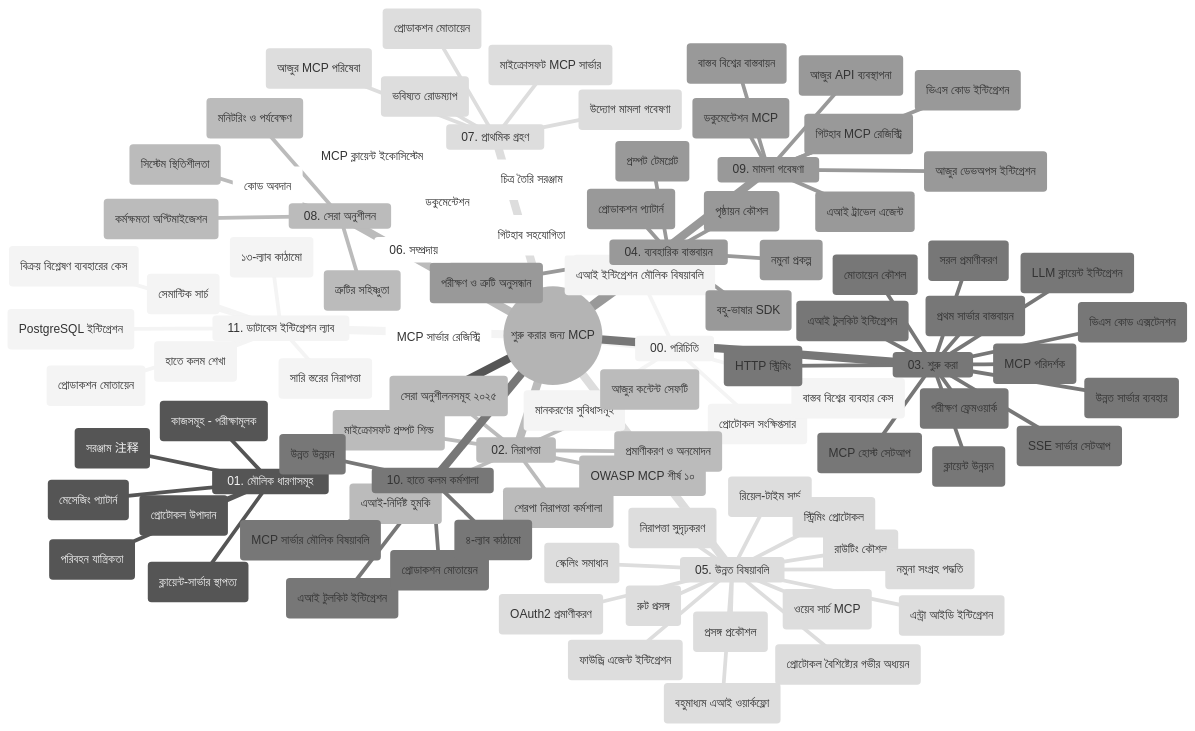
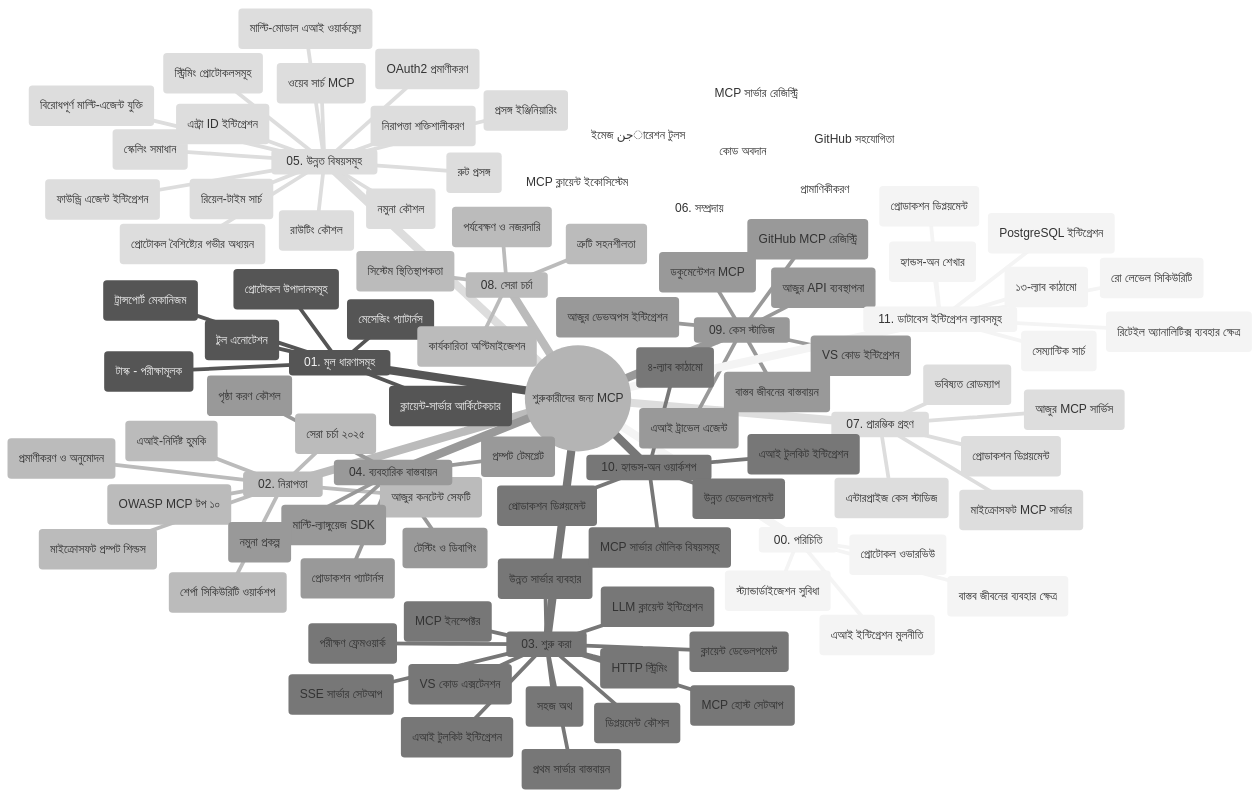
The diagram in mcp_ecosystem__model_context_protocol/mcp_learning_resources/mcp-for-beginners/translations/bn/study_guide.md (HIDORAKAI002/ai-workspace-archive), drawn with Mermaid (neutral theme) before and after one commit. The commit also changed other lines of this file and 2497 other files, not shown here.

````diff
--- a/mcp_ecosystem__model_context_protocol/mcp_learning_resources/mcp-for-beginners/translations/bn/study_guide.md
+++ b/mcp_ecosystem__model_context_protocol/mcp_learning_resources/mcp-for-beginners/translations/bn/study_guide.md
@@ -11,113 +11,114 @@
 ```mermaid
 mindmap
-  root((শুরু করার জন্য MCP))
+  root((শুরুকারীদের জন্য MCP))
     00. পরিচিতি
       ::icon(fa fa-book)
-      (প্রোটোকল সংক্ষিপ্তসার)
-      (মানকরণের সুবিধাসমূহ)
-      (বাস্তব বিশ্বের ব্যবহার কেস)
-      (এআই ইন্টিগ্রেশন মৌলিক বিষয়াবলি)
-    01. মৌলিক ধারণাসমূহ
+      (প্রোটোকল ওভারভিউ)
+      (স্ট্যান্ডার্ডাইজেশন সুবিধা)
+      (বাস্তব জীবনের ব্যবহার ক্ষেত্র)
+      (এআই ইন্টিগ্রেশন মুলনীতি)
+    01. মূল ধারণাসমূহ
       ::icon(fa fa-puzzle-piece)
-      (ক্লায়েন্ট-সার্ভার স্থাপত্য)
-      (প্রোটোকল উপাদান)
-      (মেসেজিং প্যাটার্ন)
-      (পরিবহন যান্ত্রিকতা)
-      (কাজসমূহ - পরীক্ষামূলক)
-      (সরঞ্জাম 注释)
+      (ক্লায়েন্ট-সার্ভার আর্কিটেকচার)
+      (প্রোটোকল উপাদানসমূহ)
+      (মেসেজিং প্যাটার্নস)
+      (ট্রান্সপোর্ট মেকানিজম)
+      (টাস্ক - পরীক্ষামূলক)
+      (টুল এনোটেশন)
     02. নিরাপত্তা
       ::icon(fa fa-shield)
       (এআই-নির্দিষ্ট হুমকি)
-      (সেরা অনুশীলনসমূহ ২০২৫)
-      (আজুর কন্টেন্ট সেফটি)
+      (সেরা চর্চা ২০২৫)
+      (আজুর কনটেন্ট সেফটি)
       (প্রমাণীকরণ ও অনুমোদন)
-      (মাইক্রোসফট প্রম্পট শিল্ড)
-      (OWASP MCP শীর্ষ ১০)
-      (শেরপা নিরাপত্তা কর্মশালা)
+      (মাইক্রোসফট প্রম্পট শিল্ডস)
+      (OWASP MCP টপ ১০)
+      (শের্পা সিকিউরিটি ওয়ার্কশপ)
     03. শুরু করা
       ::icon(fa fa-rocket)
-      (প্রথম সার্ভার বাস্তবায়ন)
-      (ক্লায়েন্ট উন্নয়ন)
-      (LLM ক্লায়েন্ট ইন্টিগ্রেশন)
-      (ভিএস কোড এক্সটেনশন)
+      (প্রথম সার্ভার বাস্তবায়ন)
+      (ক্লায়েন্ট ডেভেলপমেন্ট)
+      (LLM ক্লায়েন্ট ইন্টিগ্রেশন)
+      (VS কোড এক্সটেনশন)
       (SSE সার্ভার সেটআপ)
       (HTTP স্ট্রিমিং)
       (এআই টুলকিট ইন্টিগ্রেশন)
-      (পরীক্ষণ ফ্রেমওয়ার্ক)
+      (পরীক্ষণ ফ্রেমওয়ার্ক)
       (উন্নত সার্ভার ব্যবহার)
-      (সরল প্রমাণীকরণ)
-      (মোতায়েন কৌশল)
+      (সহজ অথ)
+      (ডিপ্লয়মেন্ট কৌশল)
       (MCP হোস্ট সেটআপ)
-      (MCP পরিদর্শক)
-    04. ব্যবহারিক বাস্তবায়ন
+      (MCP ইনস্পেক্টর)
+    04. ব্যবহারিক বাস্তবায়ন
       ::icon(fa fa-code)
-      (বহু-ভাষার SDK)
-      (পরীক্ষণ ও ত্রুটি অনুসন্ধান)
+      (মাল্টি-ল্যাঙ্গুয়েজ SDK)
+      (টেস্টিং ও ডিবাগিং)
       (প্রম্পট টেমপ্লেট)
       (নমুনা প্রকল্প)
-      (প্রোডাকশন প্যাটার্ন)
-      (পৃষ্ঠায়ন কৌশল)
-    05. উন্নত বিষয়াবলি
+      (প্রোডাকশন প্যাটার্নস)
+      (পৃষ্ঠা করণ কৌশল)
+    05. উন্নত বিষয়সমূহ
       ::icon(fa fa-graduation-cap)
-      (প্রসঙ্গ প্রকৌশল)
+      (প্রসঙ্গ ইঞ্জিনিয়ারিং)
       (ফাউন্ড্রি এজেন্ট ইন্টিগ্রেশন)
-      (বহুমাধ্যম এআই ওয়ার্কফ্লো)
+      (মাল্টি-মোডাল এআই ওয়ার্কফ্লো)
       (OAuth2 প্রমাণীকরণ)
       (রিয়েল-টাইম সার্চ)
-      (স্ট্রিমিং প্রোটোকল)
+      (স্ট্রিমিং প্রোটোকলসমূহ)
       (রুট প্রসঙ্গ)
       (রাউটিং কৌশল)
-      (নমুনা সংগ্রহ পদ্ধতি)
+      (নমুনা কৌশল)
       (স্কেলিং সমাধান)
-      (নিরাপত্তা সুদৃঢ়করণ)
-      (এন্ট্রা আইডি ইন্টিগ্রেশন)
-      (ওয়েব সার্চ MCP)
+      (নিরাপত্তা শক্তিশালীকরণ)
+      (এন্ট্রা ID ইন্টিগ্রেশন)
+      (ওয়েব সার্চ MCP)
       (প্রোটোকল বৈশিষ্ট্যের গভীর অধ্যয়ন)
+      (বিরোধপূর্ণ মাল্টি-এজেন্ট যুক্তি)
       
     06. সম্প্রদায়
       ::icon(fa fa-users)
       (কোড অবদান)
-      (ডকুমেন্টেশন)
-      (MCP ক্লায়েন্ট ইকোসিস্টেম)
+      (প্রামাণিকীকরণ)
+      (MCP ক্লায়েন্ট ইকোসিস্টেম)
       (MCP সার্ভার রেজিস্ট্রি)
-      (চিত্র তৈরি সরঞ্জাম)
-      (গিটহাব সহযোগিতা)
-    07. প্রাথমিক গ্রহণ
+      (ইমেজ جنারেশন টুলস)
+      (GitHub সহযোগিতা)
+    07. প্রারম্ভিক গ্রহণ
       ::icon(fa fa-lightbulb)
-      (প্রোডাকশন মোতায়েন)
+      (প্রোডাকশন ডিপ্লয়মেন্ট)
       (মাইক্রোসফট MCP সার্ভার)
-      (আজুর MCP পরিষেবা)
-      (উদ্যোগ মামলা গবেষণা)
+      (আজুর MCP সার্ভিস)
+      (এন্টারপ্রাইজ কেস স্টাডিজ)
       (ভবিষ্যত রোডম্যাপ)
-    08. সেরা অনুশীলন
+    08. সেরা চর্চা
       ::icon(fa fa-check)
-      (কর্মক্ষমতা অপ্টিমাইজেশন)
-      (ত্রুটির সহিষ্ণুতা)
-      (সিস্টেম স্থিতিশীলতা)
-      (মনিটরিং ও পর্যবেক্ষণ)
-    09. মামলা গবেষণা
+      (কার্যকারিতা অপ্টিমাইজেশন)
+      (ত্রুটি সহনশীলতা)
+      (সিস্টেম স্থিতিস্থাপকতা)
+      (পর্যবেক্ষণ ও নজরদারি)
+    09. কেস স্টাডিজ
       ::icon(fa fa-file-text)
       (আজুর API ব্যবস্থাপনা)
       (এআই ট্রাভেল এজেন্ট)
       (আজুর ডেভঅপস ইন্টিগ্রেশন)
       (ডকুমেন্টেশন MCP)
-      (গিটহাব MCP রেজিস্ট্রি)
-      (ভিএস কোড ইন্টিগ্রেশন)
-      (বাস্তব বিশ্বের বাস্তবায়ন)
-    10. হাতে কলম কর্মশালা
+      (GitHub MCP রেজিস্ট্রি)
+      (VS কোড ইন্টিগ্রেশন)
+      (বাস্তব জীবনের বাস্তবায়ন)
+    10. হ্যান্ডস-অন ওয়ার্কশপ
       ::icon(fa fa-laptop)
-      (MCP সার্ভার মৌলিক বিষয়াবলি)
-      (উন্নত উন্নয়ন)
+      (MCP সার্ভার মৌলিক বিষয়সমূহ)
+      (উন্নত ডেভেলপমেন্ট)
       (এআই টুলকিট ইন্টিগ্রেশন)
-      (প্রোডাকশন মোতায়েন)
+      (প্রোডাকশন ডিপ্লয়মেন্ট)
       (৪-ল্যাব কাঠামো)
-    11. ডাটাবেস ইন্টিগ্রেশন ল্যাব
+    11. ডাটাবেস ইন্টিগ্রেশন ল্যাবসমূহ
       ::icon(fa fa-database)
       (PostgreSQL ইন্টিগ্রেশন)
-      (বিক্রয় বিশ্লেষণ ব্যবহারের কেস)
-      (সারি স্তরের নিরাপত্তা)
-      (সেমান্টিক সার্চ)
-      (প্রোডাকশন মোতায়েন)
+      (রিটেইল অ্যানালিটিক্স ব্যবহার ক্ষেত্র)
+      (রো লেভেল সিকিউরিটি)
+      (সেম্যান্টিক সার্চ)
+      (প্রোডাকশন ডিপ্লয়মেন্ট)
       (১৩-ল্যাব কাঠামো)
-      (হাতে কলম শেখা)
+      (হ্যান্ডস-অন শেখার)
 ```
````
